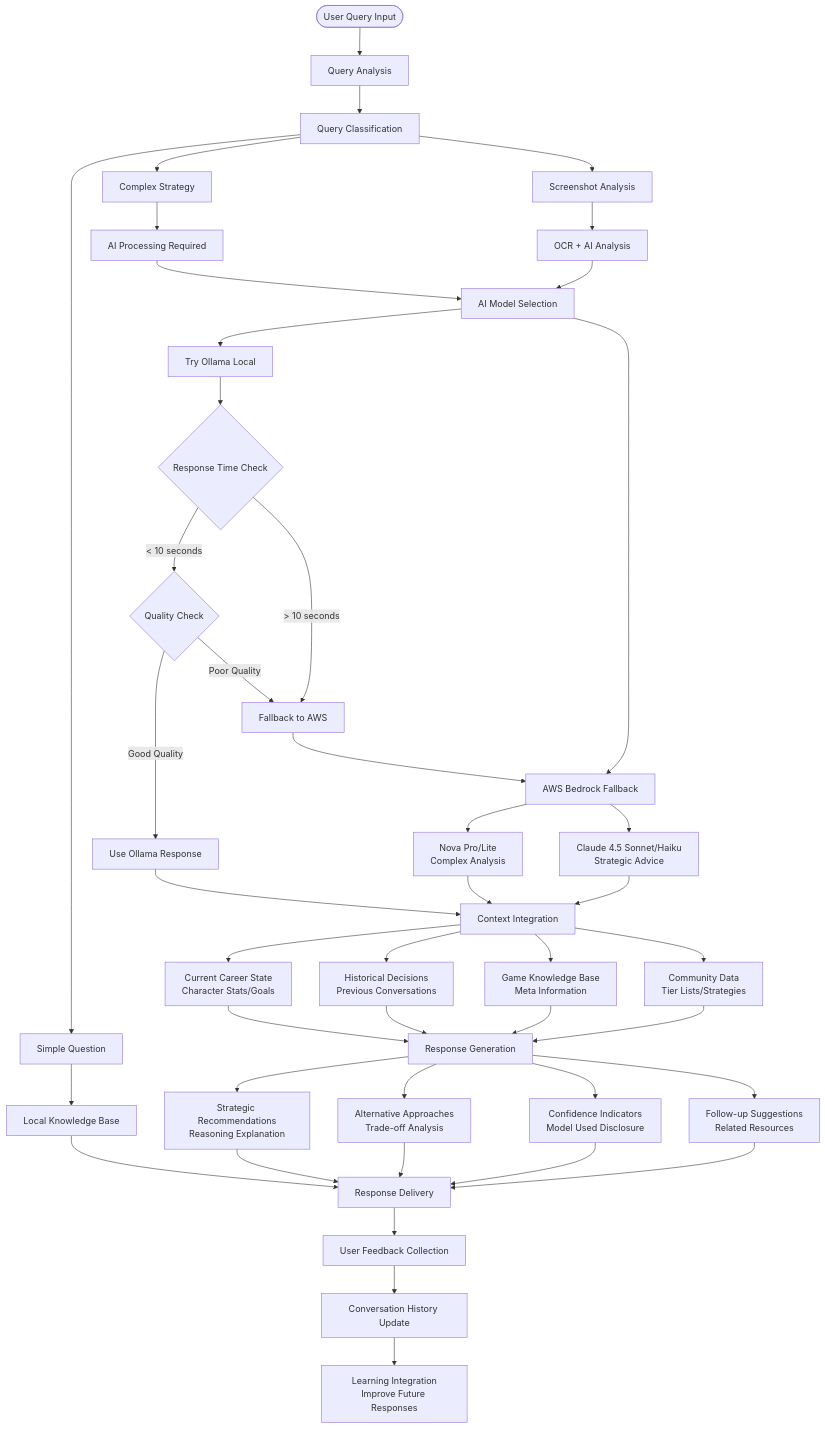
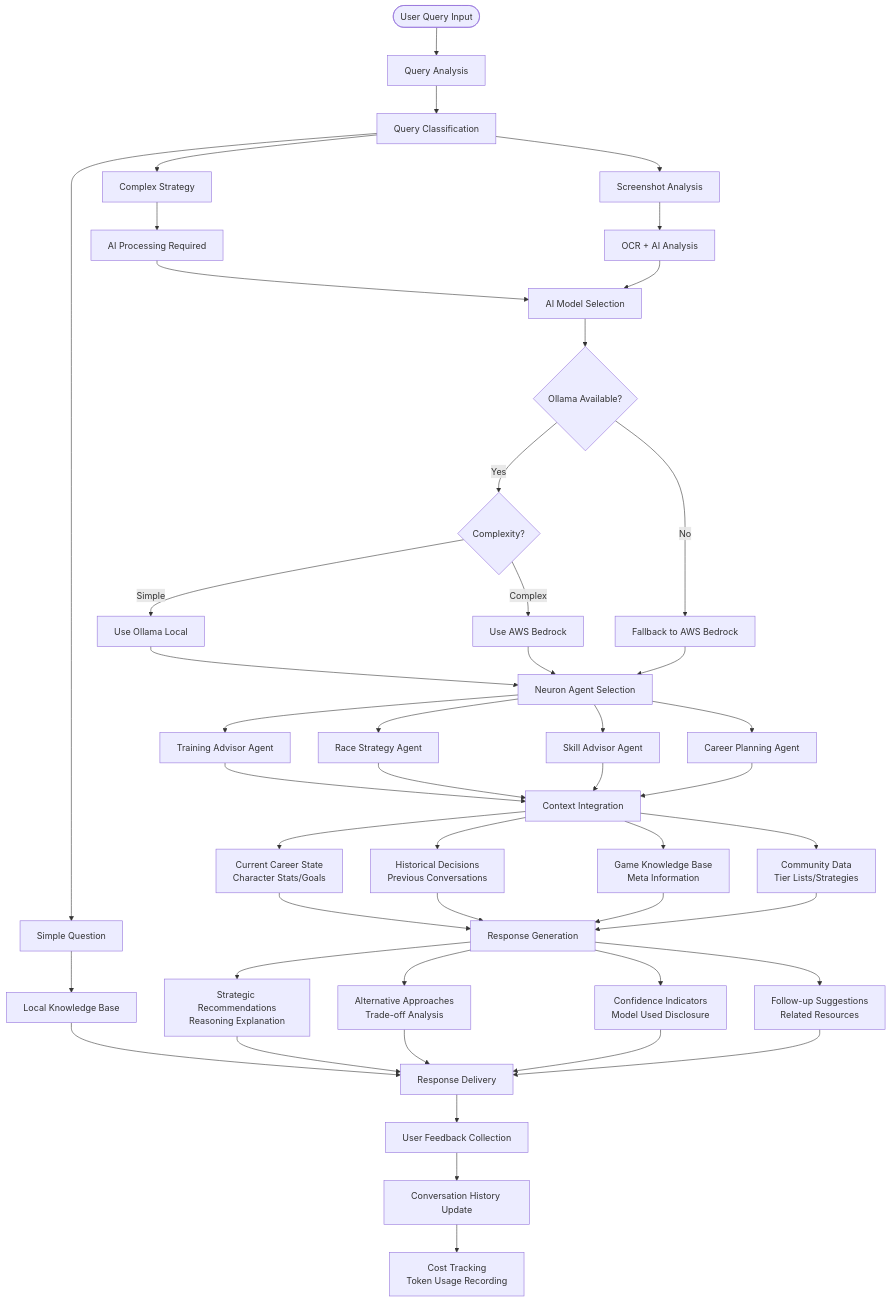
Before and after one commit to exatfrds67/umamusume-career-planner: the fourth of 7 diagrams in docs/01-diagrams/user-workflow-diagrams.md, drawn with Mermaid. The commit also changed other lines of this file and 67 other files, not shown here.

````diff
--- a/docs/01-diagrams/user-workflow-diagrams.md
+++ b/docs/01-diagrams/user-workflow-diagrams.md
@@ -486,60 +563,62 @@
 ```mermaid
 flowchart TD
     UserQuery([User Query Input]) --> QueryAnalysis[Query Analysis]
     QueryAnalysis --> QueryClassification[Query Classification]
 
     QueryClassification --> SimpleQuestion[Simple Question]
     QueryClassification --> ComplexStrategy[Complex Strategy]
     QueryClassification --> ScreenshotAnalysis[Screenshot Analysis]
 
     SimpleQuestion --> LocalKB[Local Knowledge Base]
     ComplexStrategy --> AIProcessing[AI Processing Required]
     ScreenshotAnalysis --> OCRAnalysis[OCR + AI Analysis]
 
     LocalKB --> ResponseDelivery[Response Delivery]
     AIProcessing --> ModelSelection[AI Model Selection]
     OCRAnalysis --> ModelSelection
 
-    ModelSelection --> TryOllama[Try Ollama Local]
-    TryOllama --> ResponseTimeCheck{Response Time Check}
+    ModelSelection --> CheckOllama{Ollama Available?}
+    CheckOllama -->|Yes| AssessComplexity{Complexity?}
+    CheckOllama -->|No| FallbackAWS[Fallback to AWS Bedrock]
 
-    ResponseTimeCheck -->|< 10 seconds| QualityCheck{Quality Check}
-    ResponseTimeCheck -->|> 10 seconds| FallbackAWS[Fallback to AWS]
+    AssessComplexity -->|Simple| UseOllama[Use Ollama Local]
+    AssessComplexity -->|Complex| UseCloud[Use AWS Bedrock]
 
-    QualityCheck -->|Good Quality| UseOllama[Use Ollama Response]
-    QualityCheck -->|Poor Quality| FallbackAWS
+    UseOllama --> AgentSelection[Neuron Agent Selection]
+    UseCloud --> AgentSelection
+    FallbackAWS --> AgentSelection
 
-    ModelSelection --> AWSFallback[AWS Bedrock Fallback]
-    FallbackAWS --> AWSFallback
+    AgentSelection --> TrainingAgent[Training Advisor Agent]
+    AgentSelection --> RaceAgent[Race Strategy Agent]
+    AgentSelection --> SkillAgent[Skill Advisor Agent]
+    AgentSelection --> CareerAgent[Career Planning Agent]
 
-    AWSFallback --> NovaModels[Nova Pro/Lite<br/>Complex Analysis]
-    AWSFallback --> ClaudeModels[Claude 4.5 Sonnet/Haiku<br/>Strategic Advice]
-
-    UseOllama --> ContextIntegration[Context Integration]
-    NovaModels --> ContextIntegration
-    ClaudeModels --> ContextIntegration
+    TrainingAgent --> ContextIntegration[Context Integration]
+    RaceAgent --> ContextIntegration
+    SkillAgent --> ContextIntegration
+    CareerAgent --> ContextIntegration
 
     ContextIntegration --> CareerState[Current Career State<br/>Character Stats/Goals]
     ContextIntegration --> HistoricalDecisions[Historical Decisions<br/>Previous Conversations]
     ContextIntegration --> GameKnowledge[Game Knowledge Base<br/>Meta Information]
     ContextIntegration --> CommunityData[Community Data<br/>Tier Lists/Strategies]
 
     CareerState --> ResponseGeneration[Response Generation]
     HistoricalDecisions --> ResponseGeneration
     GameKnowledge --> ResponseGeneration
     CommunityData --> ResponseGeneration
 
     ResponseGeneration --> StrategyRecs[Strategic Recommendations<br/>Reasoning Explanation]
     ResponseGeneration --> AltApproaches[Alternative Approaches<br/>Trade-off Analysis]
     ResponseGeneration --> ConfidenceIndicators[Confidence Indicators<br/>Model Used Disclosure]
     ResponseGeneration --> FollowupSuggestions[Follow-up Suggestions<br/>Related Resources]
 
     StrategyRecs --> ResponseDelivery
     AltApproaches --> ResponseDelivery
     ConfidenceIndicators --> ResponseDelivery
     FollowupSuggestions --> ResponseDelivery
 
     ResponseDelivery --> UserFeedback[User Feedback Collection]
     UserFeedback --> ConversationUpdate[Conversation History Update]
-    ConversationUpdate --> LearningIntegration[Learning Integration<br/>Improve Future Responses]
+    ConversationUpdate --> CostTracking[Cost Tracking<br/>Token Usage Recording]
 ```
````
